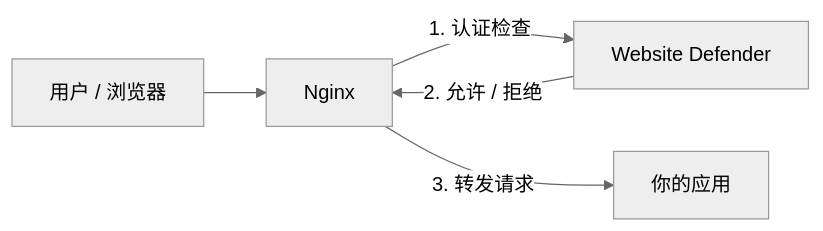
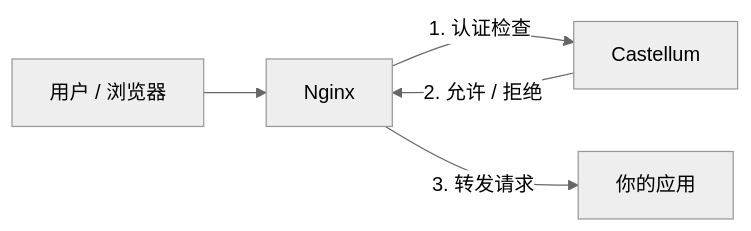
Before and after one commit to Flmelody/open-website-defender: the diagram in docs/index.zh.md, drawn with Mermaid (neutral theme). The commit also changed other lines of this file and 158 other files, not shown here.

````diff
--- a/docs/index.zh.md
+++ b/docs/index.zh.md
@@ -27,7 +27,7 @@
 ```mermaid
 graph LR
     User[用户 / 浏览器] --> Nginx
-    Nginx -->|1. 认证检查| Defender[Website Defender]
-    Defender -->|2. 允许 / 拒绝| Nginx
+    Nginx -->|1. 认证检查| Castellum[Castellum]
+    Castellum -->|2. 允许 / 拒绝| Nginx
     Nginx -->|3. 转发请求| App[你的应用]
 ```
````
